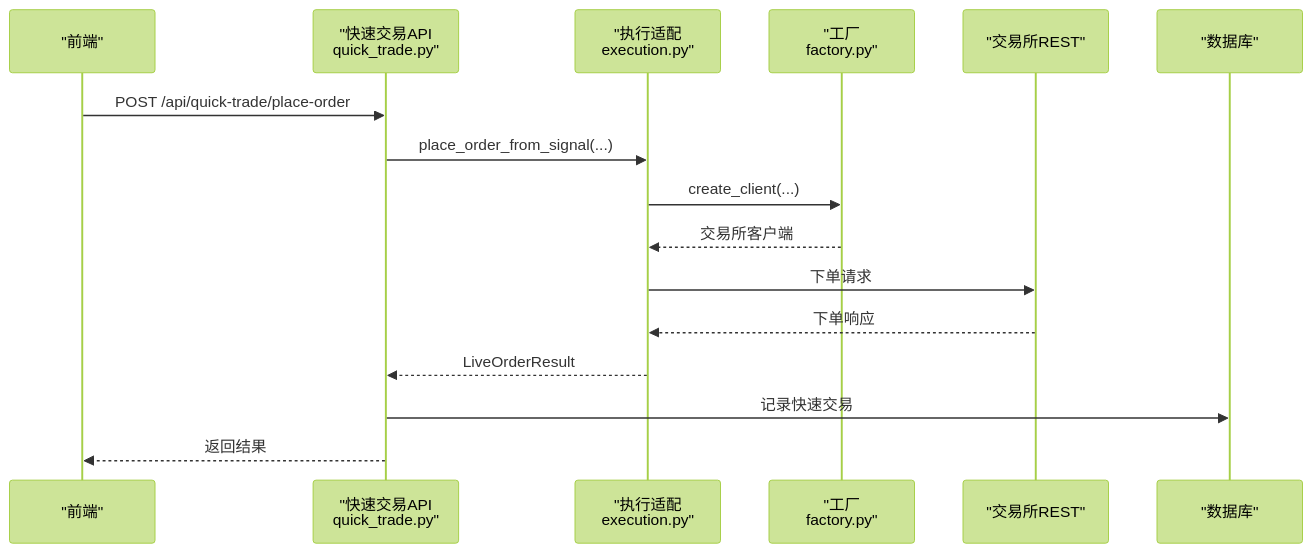
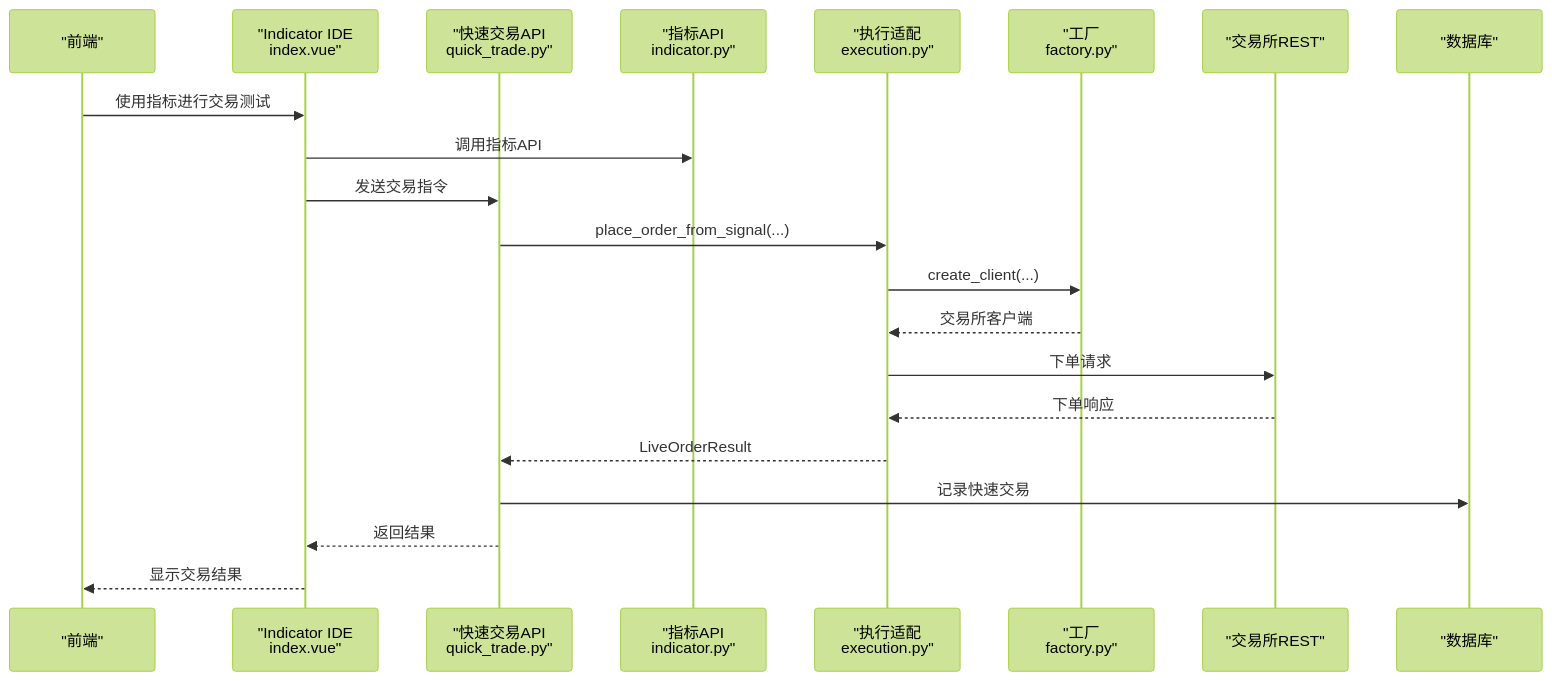
Before and after one commit to joezxh/QuantDinger: the second of 8 diagrams in .qoder/repowiki/zh/content/API参考文档/交易执行API.md, drawn with Mermaid (forest theme). The commit also changed other lines of this file and 548 other files, not shown here.

````diff
--- a/.qoder/repowiki/zh/content/API参考文档/交易执行API.md
+++ b/.qoder/repowiki/zh/content/API参考文档/交易执行API.md
@@ -119,18 +152,23 @@
 ```mermaid
 sequenceDiagram
 participant FE as "前端"
+participant IDE as "Indicator IDE<br/>index.vue"
 participant API as "快速交易API<br/>quick_trade.py"
+participant IND as "指标API<br/>indicator.py"
 participant Exec as "执行适配<br/>execution.py"
 participant Fac as "工厂<br/>factory.py"
 participant Ex as "交易所REST"
 participant DB as "数据库"
-FE->>API : POST /api/quick-trade/place-order
+FE->>IDE : 使用指标进行交易测试
+IDE->>IND : 调用指标API
+IDE->>API : 发送交易指令
 API->>Exec : place_order_from_signal(...)
 Exec->>Fac : create_client(...)
 Fac-->>Exec : 交易所客户端
 Exec->>Ex : 下单请求
 Ex-->>Exec : 下单响应
 Exec-->>API : LiveOrderResult
 API->>DB : 记录快速交易
-API-->>FE : 返回结果
+API-->>IDE : 返回结果
+IDE-->>FE : 显示交易结果
 ```
````
